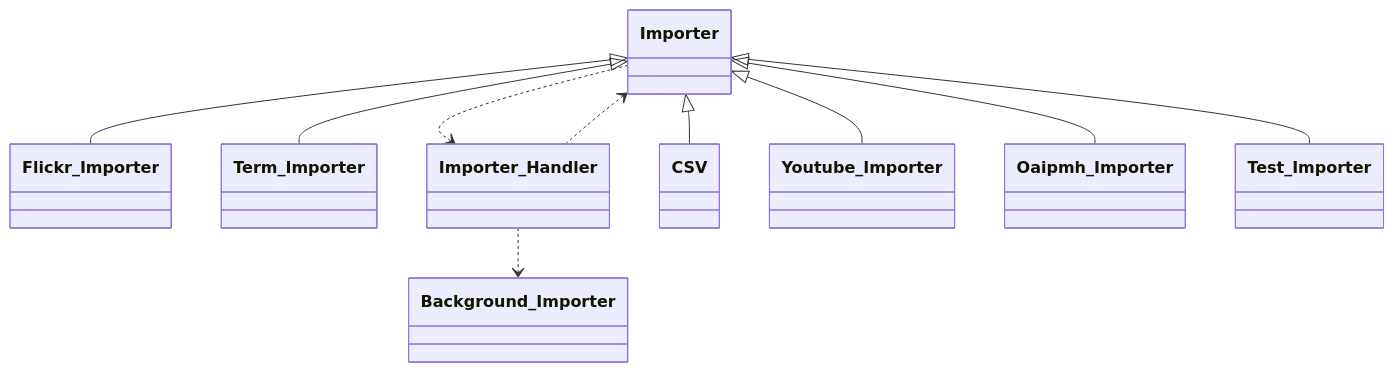
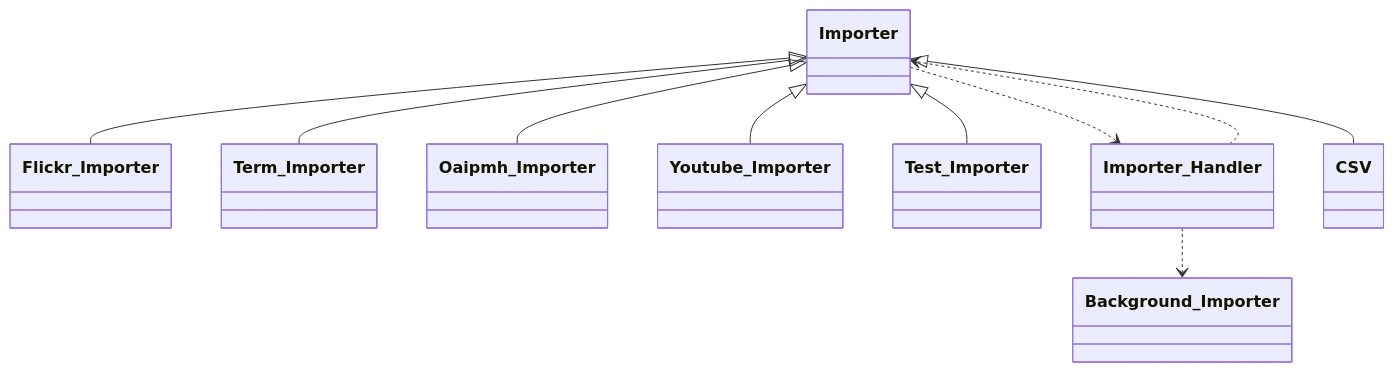
The eighth of 13 diagrams in docs/phpdoc/Home.md (tainacan/tainacan), drawn with Mermaid before and after one commit. The commit also changed other lines of this file and 79 other files, not shown here.

````diff
--- a/docs/phpdoc/Home.md
+++ b/docs/phpdoc/Home.md
@@ -542,22 +547,22 @@
 ```mermaid
 classDiagram
     direction TB
     class Importer { }
+    class Background_Importer { }
     class Flickr_Importer { }
     class Term_Importer { }
+    class Oaipmh_Importer { }
+    class Youtube_Importer { }
+    class Test_Importer { }
     class Importer_Handler { }
     class CSV { }
-    class Youtube_Importer { }
-    class Oaipmh_Importer { }
-    class Test_Importer { }
-    class Background_Importer { }
     Importer ..> Importer_Handler
     Importer <|-- CSV
     Importer <|-- Flickr_Importer
     Importer <|-- Oaipmh_Importer
     Importer <|-- Term_Importer
     Importer <|-- Test_Importer
     Importer <|-- Youtube_Importer
     Importer_Handler ..> Background_Importer
     Importer_Handler ..> Importer
 ```
````
